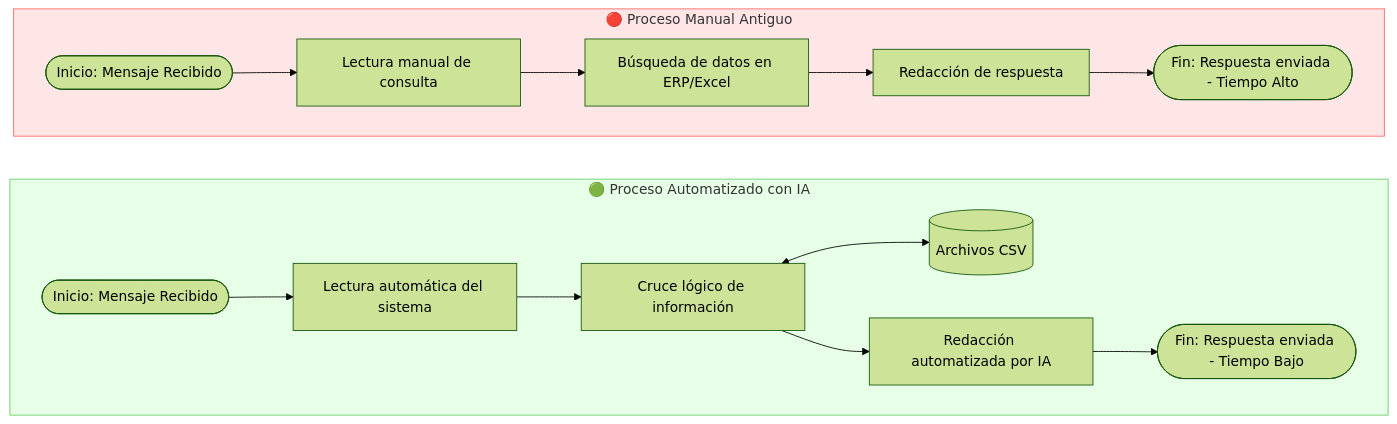
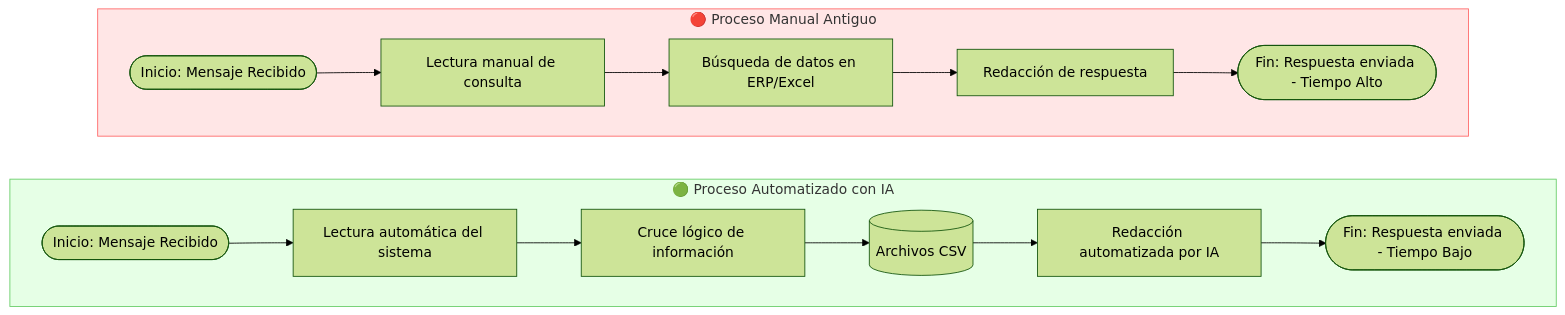
The diagram in readme.md (marianoborgini1/techsed-ejercicio), drawn with Mermaid (forest theme) before and after one commit.

````diff
--- a/readme.md
+++ b/readme.md
@@ -40,22 +40,22 @@
 ```mermaid
 graph TD
     subgraph ANTES [🔴 Proceso Manual Antiguo]
         A1([Inicio: Mensaje Recibido]) --> B1[Lectura manual de consulta]
         B1 --> C1[Búsqueda de datos en ERP/Excel]
         C1 --> D1[Redacción de respuesta]
         D1 --> E1([Fin: Respuesta enviada - Tiempo Alto])
     end
 
     subgraph AHORA [🟢 Proceso Automatizado con IA]
         A2([Inicio: Mensaje Recibido]) --> B2[Lectura automática del sistema]
         B2 --> C2[Cruce lógico de información]
-        C2 <--> DB[(Archivos CSV)]
-        C2 --> D2[Redacción automatizada por IA]
+        C2 --> DB[(Archivos CSV)]
+        DB --> D2[Redacción automatizada por IA]
         D2 --> E2([Fin: Respuesta enviada - Tiempo Bajo])
     end
     
     ANTES ~~~ AHORA
     
     style ANTES fill:#ffe6e6,stroke:#ff6666
     style AHORA fill:#e6ffe6,stroke:#66cc66
 ```
````
